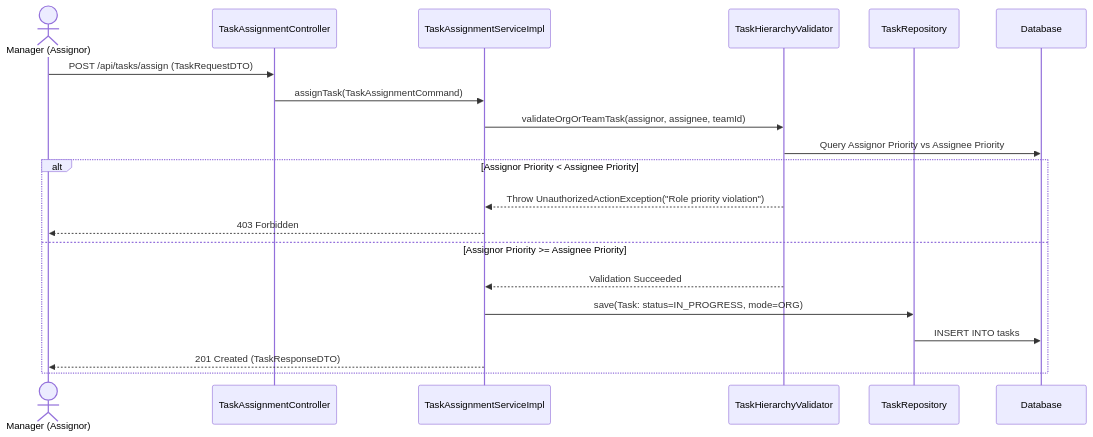
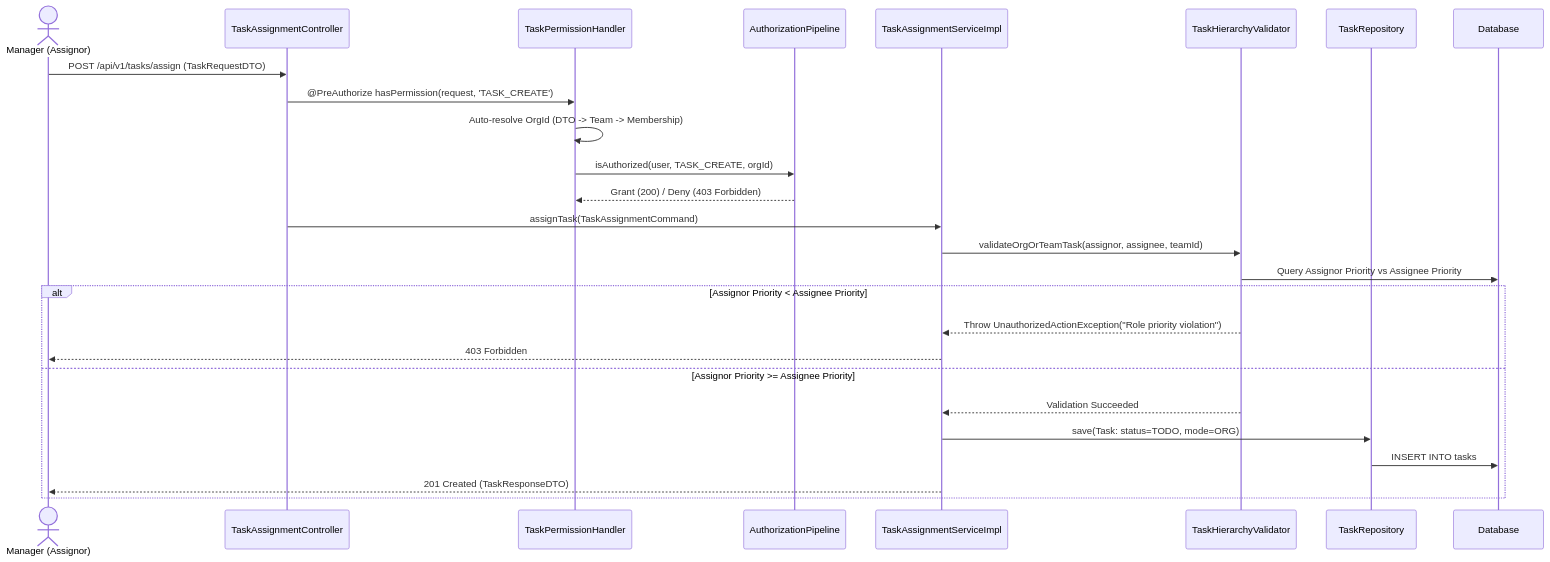
Before and after one commit to srikarthickeyanganapathy/Ryokai_backend: the sixth of 13 diagrams in docs/workflows.md, drawn with Mermaid. The commit also changed other lines of this file and 28 other files, not shown here.

Commit message:
chore: pre-refactoring snapshot - preserve current flat architecture

````diff
--- a/docs/workflows.md
+++ b/docs/workflows.md
@@ -182,24 +188,31 @@
 ```mermaid
 sequenceDiagram
     actor Assignor as Manager (Assignor)
     participant TaskCtrl as TaskAssignmentController
+    participant PermHandler as TaskPermissionHandler
+    participant AuthPipe as AuthorizationPipeline
     participant TaskAssignSvc as TaskAssignmentServiceImpl
     participant HierVal as TaskHierarchyValidator
     participant TaskRepo as TaskRepository
     participant DB as Database
 
-    Assignor->>TaskCtrl: POST /api/tasks/assign (TaskRequestDTO)
+    Assignor->>TaskCtrl: POST /api/v1/tasks/assign (TaskRequestDTO)
+    TaskCtrl->>PermHandler: @PreAuthorize hasPermission(request, 'TASK_CREATE')
+    PermHandler->>PermHandler: Auto-resolve OrgId (DTO -> Team -> Membership)
+    PermHandler->>AuthPipe: isAuthorized(user, TASK_CREATE, orgId)
+    AuthPipe-->>PermHandler: Grant (200) / Deny (403 Forbidden)
+    
     TaskCtrl->>TaskAssignSvc: assignTask(TaskAssignmentCommand)
     TaskAssignSvc->>HierVal: validateOrgOrTeamTask(assignor, assignee, teamId)
     HierVal->>DB: Query Assignor Priority vs Assignee Priority
     
     alt Assignor Priority < Assignee Priority
         HierVal-->>TaskAssignSvc: Throw UnauthorizedActionException("Role priority violation")
         TaskAssignSvc-->>Assignor: 403 Forbidden
     else Assignor Priority >= Assignee Priority
         HierVal-->>TaskAssignSvc: Validation Succeeded
-        TaskAssignSvc->>TaskRepo: save(Task: status=IN_PROGRESS, mode=ORG)
+        TaskAssignSvc->>TaskRepo: save(Task: status=TODO, mode=ORG)
         TaskRepo->>DB: INSERT INTO tasks
         TaskAssignSvc-->>Assignor: 201 Created (TaskResponseDTO)
     end
 ```
````
